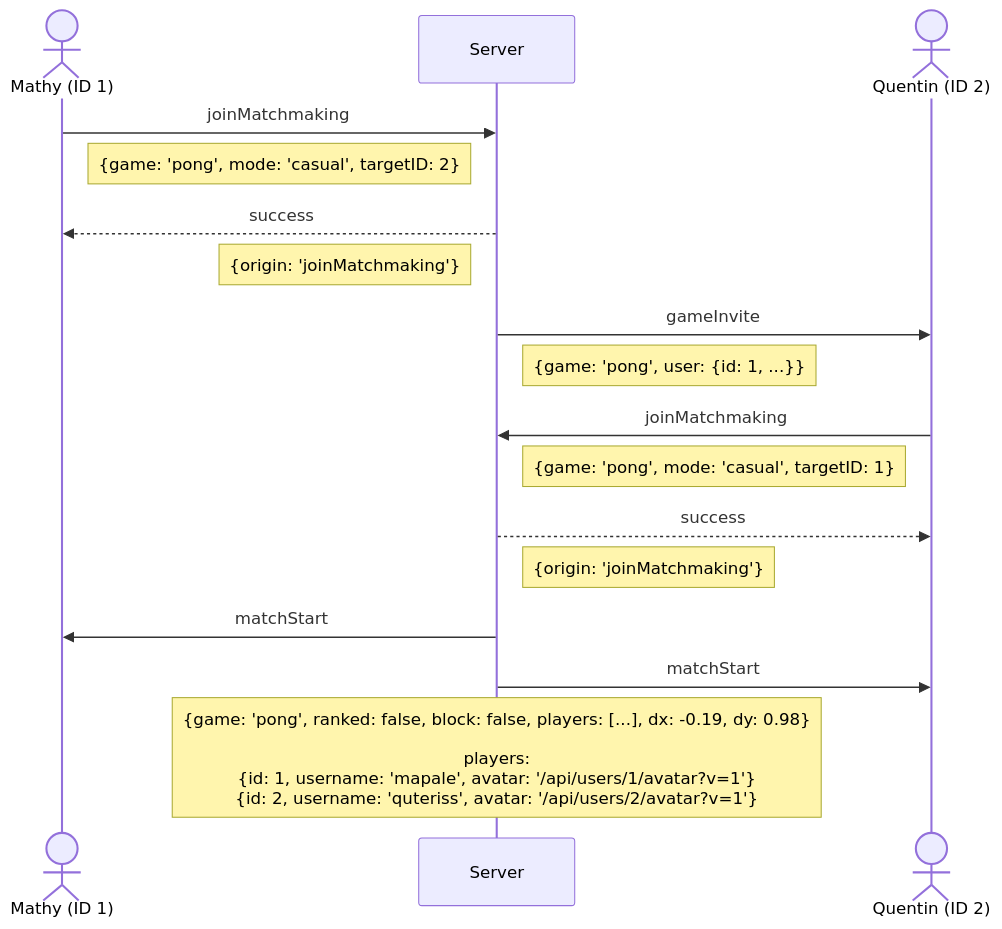
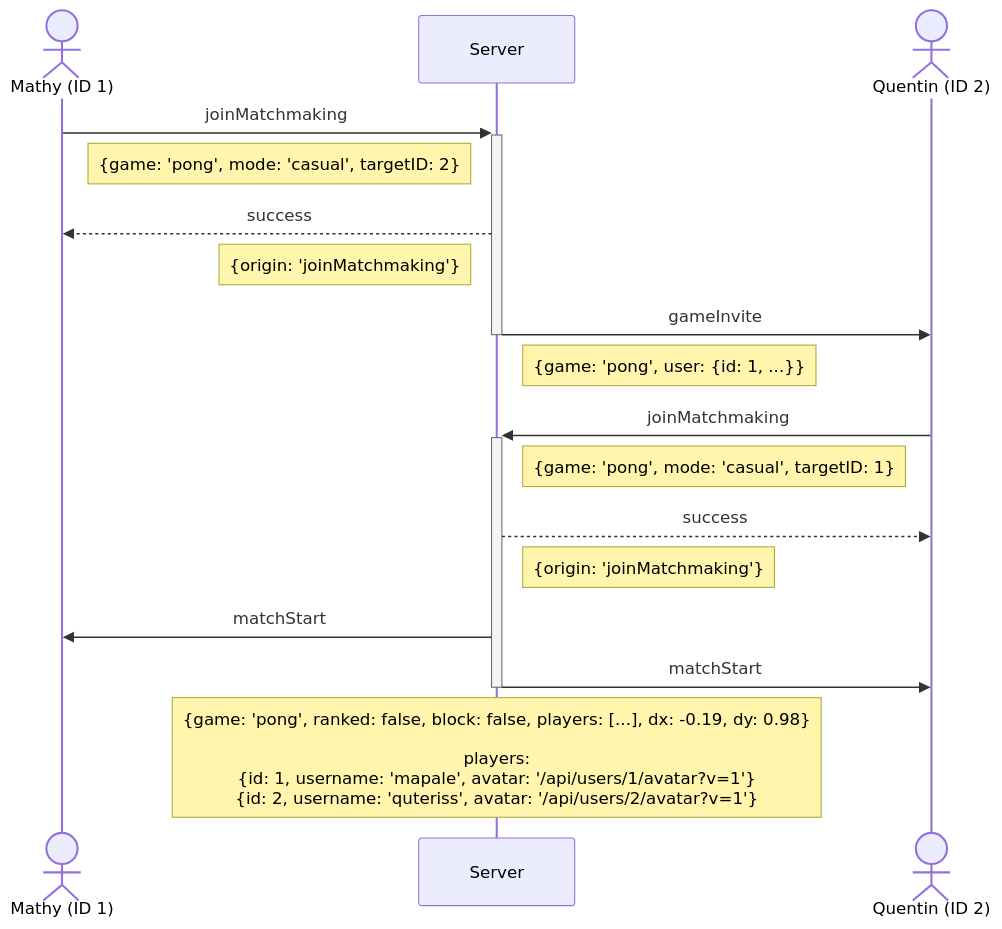
The diagram in docs/WebSocket/gameInvite.md (deydoux/42cursus-ft_transcendence), drawn with Mermaid before and after one commit. The commit also changed 2 other files, not shown here.

Commit message:
refactor: update sequence diagram notations for clarity in game, match, and tournament flow

````diff
--- a/docs/WebSocket/gameInvite.md
+++ b/docs/WebSocket/gameInvite.md
@@ -3,22 +3,22 @@
 ```mermaid
 sequenceDiagram
   actor m as Mathy (ID 1)
   participant s as Server
   actor q as Quentin (ID 2)
 
-  m ->> s: joinMatchmaking
+  m ->>+ s: joinMatchmaking
   Note right of m: {game: 'pong', mode: 'casual', targetID: 2}
   s -->> m: success
   Note left of s: {origin: 'joinMatchmaking'}
-  s ->> q: gameInvite
+  s ->>- q: gameInvite
   Note right of s: {game: 'pong', user: {id: 1, ...}}
 
-  q ->> s: joinMatchmaking
+  q ->>+ s: joinMatchmaking
   Note left of q: {game: 'pong', mode: 'casual', targetID: 1}
   s -->> q: success
   Note right of s: {origin: 'joinMatchmaking'}
 
   s ->> m: matchStart
-  s ->> q: matchStart
+  s ->>- q: matchStart
   Note over s: {game: 'pong', ranked: false, block: false, players: [...], dx: -0.19, dy: 0.98}<br><br> players:<br>{id: 1, username: 'mapale', avatar: '/api/users/1/avatar?v=1'}<br>{id: 2, username: 'quteriss', avatar: '/api/users/2/avatar?v=1'}
 ```
````
